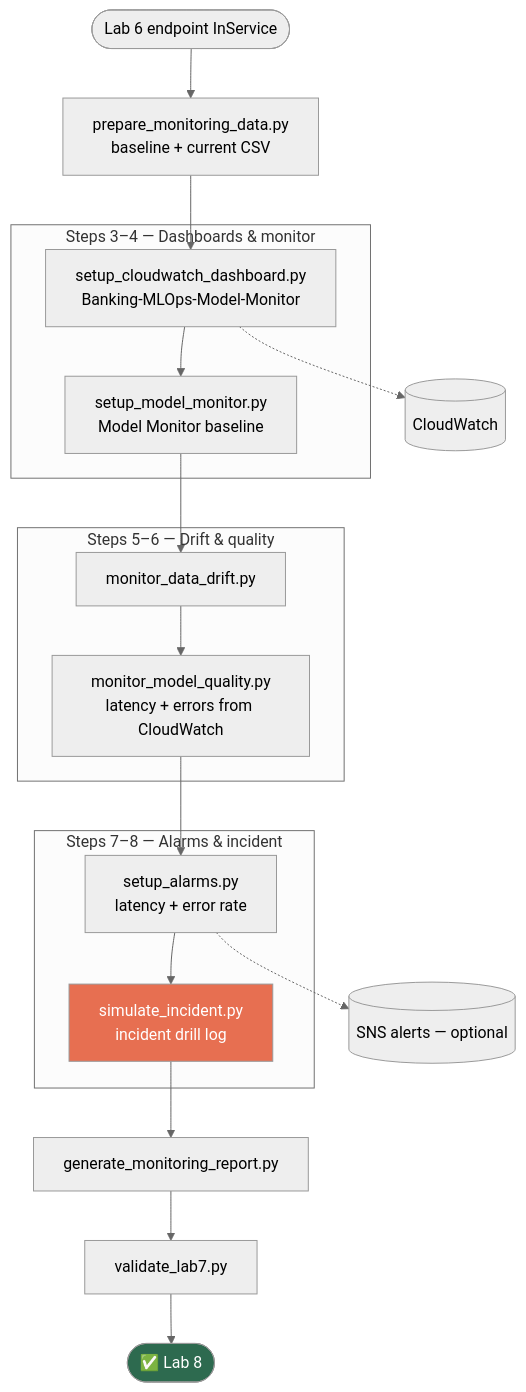
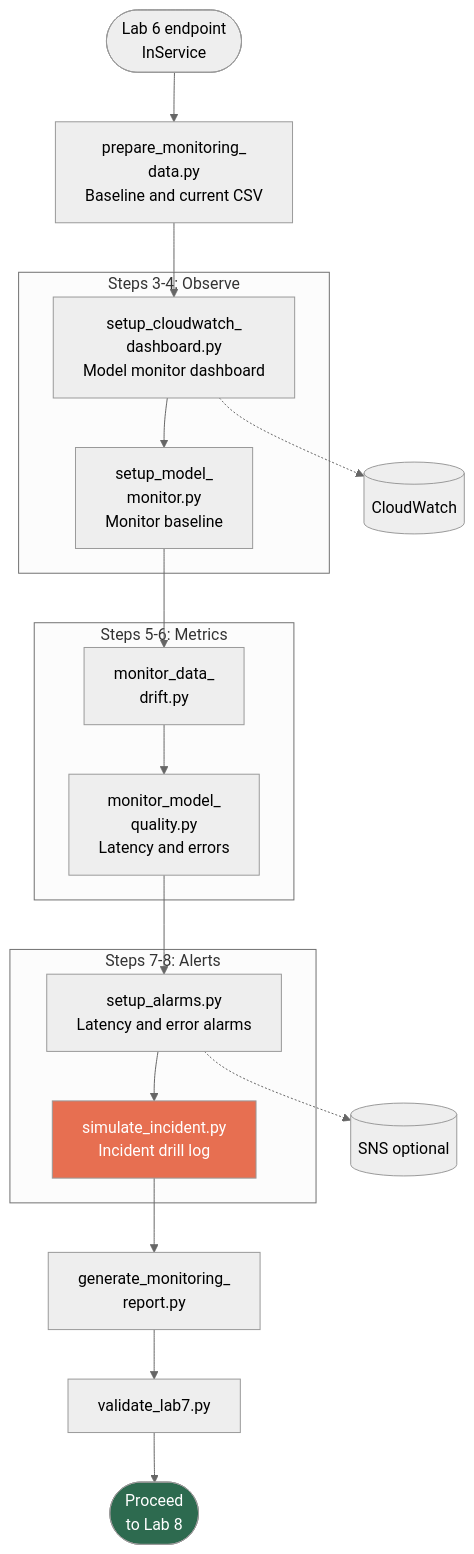
The diagram in lab7/README.md (Innovation-In-Software/ai-infra-mlops), drawn with Mermaid (neutral theme) before and after one commit. The commit also changed 10 other files, not shown here.

Commit message:
Fix lab flowcharts: multiline quoted labels to prevent text truncation.

````diff
--- a/lab7/README.md
+++ b/lab7/README.md
@@ -40,35 +40,35 @@
 ```mermaid
 flowchart TB
-    START([Lab 6 endpoint InService]) --> PREP[prepare_monitoring_data.py<br/>baseline + current CSV]
+    START(["Lab 6 endpoint<br/>InService"]) --> PREP["prepare_monitoring_<br/>data.py<br/>Baseline and current CSV"]
 
-    subgraph Observe["Steps 3–4 — Dashboards & monitor"]
-        CW[setup_cloudwatch_dashboard.py<br/>Banking-MLOps-Model-Monitor]
-        MM[setup_model_monitor.py<br/>Model Monitor baseline]
+    subgraph Observe["Steps 3-4: Observe"]
+        CW["setup_cloudwatch_<br/>dashboard.py<br/>Model monitor dashboard"]
+        MM["setup_model_<br/>monitor.py<br/>Monitor baseline"]
         CW --> MM
     end
 
-    subgraph Metrics["Steps 5–6 — Drift & quality"]
-        DR[monitor_data_drift.py]
-        MQ[monitor_model_quality.py<br/>latency + errors from CloudWatch]
+    subgraph Metrics["Steps 5-6: Metrics"]
+        DR["monitor_data_<br/>drift.py"]
+        MQ["monitor_model_<br/>quality.py<br/>Latency and errors"]
         DR --> MQ
     end
 
-    subgraph Alert["Steps 7–8 — Alarms & incident"]
-        AL[setup_alarms.py<br/>latency + error rate]
-        INC[simulate_incident.py<br/>incident drill log]
+    subgraph Alert["Steps 7-8: Alerts"]
+        AL["setup_alarms.py<br/>Latency and error alarms"]
+        INC["simulate_incident.py<br/>Incident drill log"]
         AL --> INC
     end
 
-    REP[generate_monitoring_report.py] --> VAL[validate_lab7.py] --> OK([✅ Lab 8])
+    REP["generate_monitoring_<br/>report.py"] --> VAL["validate_lab7.py"] --> OK(["Proceed<br/>to Lab 8"])
 
     PREP --> CW
     MM --> DR
     MQ --> AL
     INC --> REP
 
-    CW -.-> AWS[(CloudWatch)]
-    AL -.-> SNS[(SNS alerts — optional)]
+    CW -.-> AWS[("CloudWatch")]
+    AL -.-> SNS[("SNS optional")]
 
     style OK fill:#2d6a4f,color:#fff
     style INC fill:#e76f51,color:#fff
 ```
````
